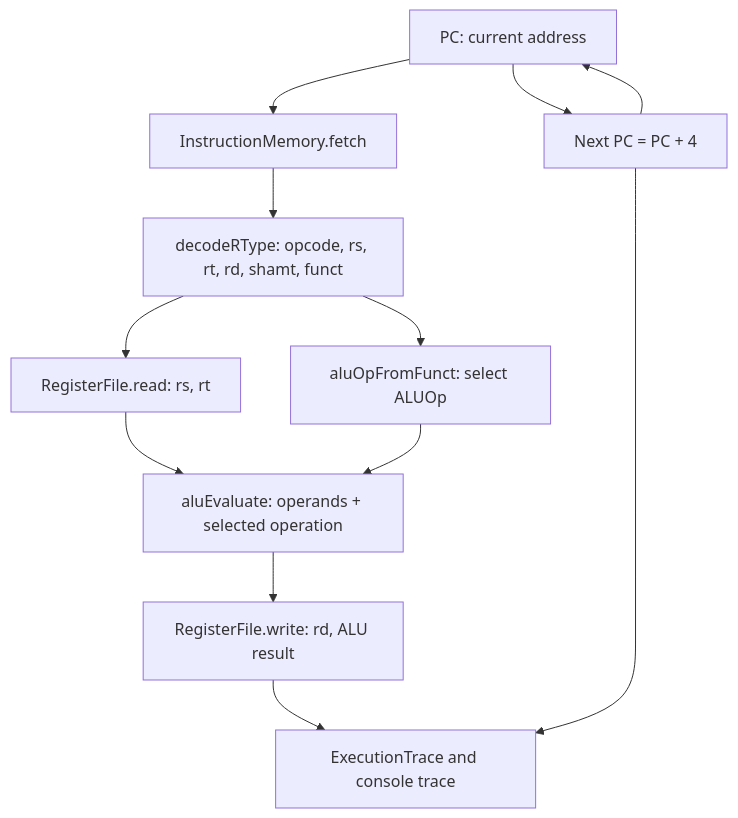
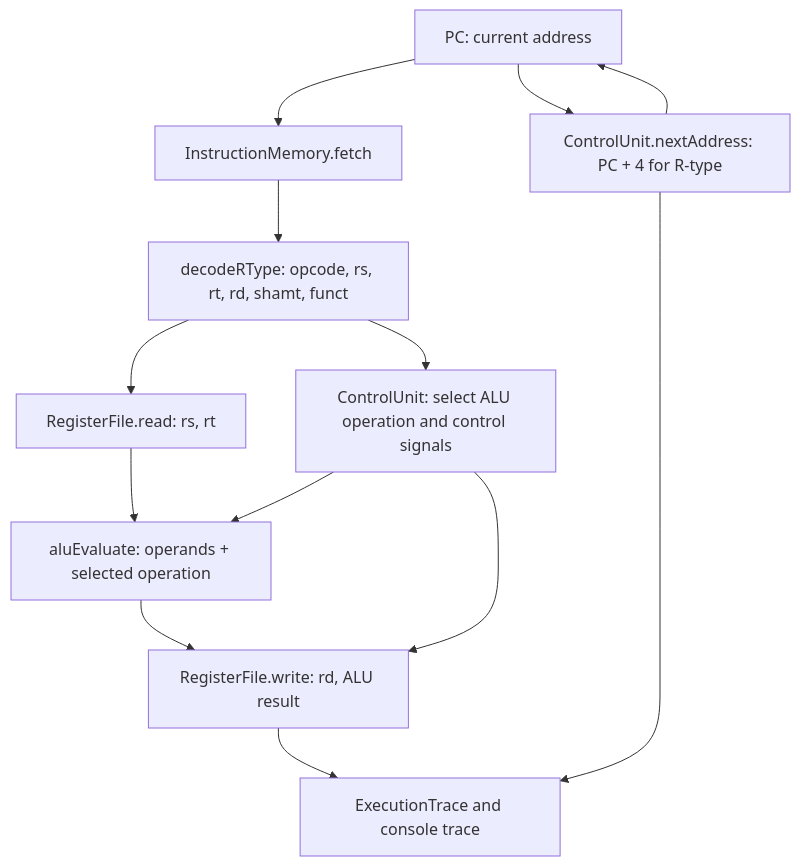
One commit to zunayn/mips-simulator changed the diagram in docs/STEP_BY_STEP_ARCHITECTURE.md. Above: the diagram before and after it, drawn with Mermaid. The commit also changed other lines of this file and 11 other files, not shown here.

Commit message:
Add control unit and integrate R-type control signals

````diff
--- a/docs/STEP_BY_STEP_ARCHITECTURE.md
+++ b/docs/STEP_BY_STEP_ARCHITECTURE.md
@@ -16,14 +19,15 @@
 ```mermaid
 flowchart TD
     PC[PC: current address] --> IM[InstructionMemory.fetch]
     IM --> D[decodeRType: opcode, rs, rt, rd, shamt, funct]
-    D --> CTRL[aluOpFromFunct: select ALUOp]
+    D --> CTRL[ControlUnit: select ALU operation and control signals]
     D --> RF[RegisterFile.read: rs, rt]
     RF --> A[aluEvaluate: operands + selected operation]
     CTRL --> A
     A --> WB[RegisterFile.write: rd, ALU result]
-    PC --> NEXT[Next PC = PC + 4]
+    CTRL --> WB
+    PC --> NEXT[ControlUnit.nextAddress: PC + 4 for R-type]
     WB --> TRACE[ExecutionTrace and console trace]
     NEXT --> TRACE
     NEXT --> PC
 ```
````
